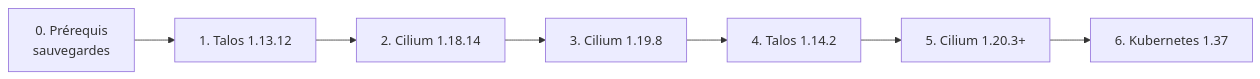
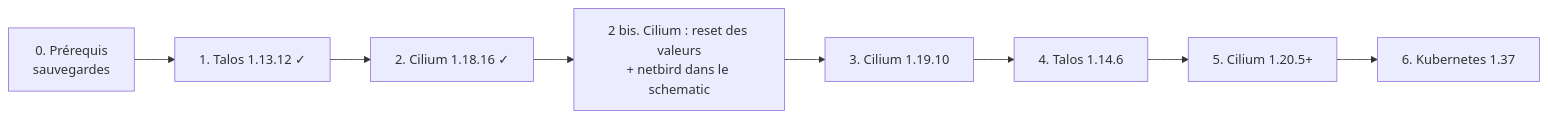
One commit to batleforc/weebo-si changed the diagram in 0.docs/content/docs/runbooks/upgrade-talos-cilium.mdx. Above: the diagram before and after it, drawn with Mermaid. The commit also changed other lines of this file and 12 other files, not shown here.

Commit message:
feat: prépa update vers 1.14 ++ upgrade cilium 1.19, retour de netbird

````diff
--- a/0.docs/content/docs/runbooks/upgrade-talos-cilium.mdx
+++ b/0.docs/content/docs/runbooks/upgrade-talos-cilium.mdx
@@ -18,9 +20,10 @@
 ```mermaid
 graph LR
-    S0["0. Prérequis<br/>sauvegardes"] --> S1["1. Talos 1.13.12"]
-    S1 --> S2["2. Cilium 1.18.14"]
-    S2 --> S3["3. Cilium 1.19.8"]
-    S3 --> S4["4. Talos 1.14.2"]
-    S4 --> S5["5. Cilium 1.20.3+"]
+    S0["0. Prérequis<br/>sauvegardes"] --> S1["1. Talos 1.13.12 ✓"]
+    S1 --> S2["2. Cilium 1.18.16 ✓"]
+    S2 --> S2b["2 bis. Cilium : reset des valeurs<br/>+ netbird dans le schematic"]
+    S2b --> S3["3. Cilium 1.19.10"]
+    S3 --> S4["4. Talos 1.14.6"]
+    S4 --> S5["5. Cilium 1.20.5+"]
     S5 --> S6["6. Kubernetes 1.37"]
 ```
````
